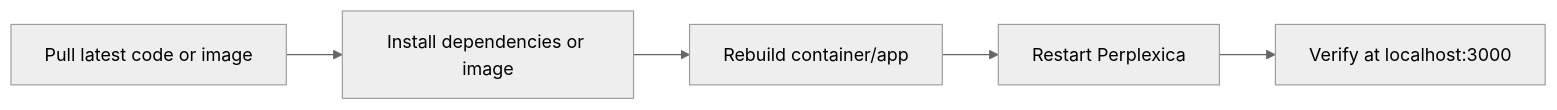
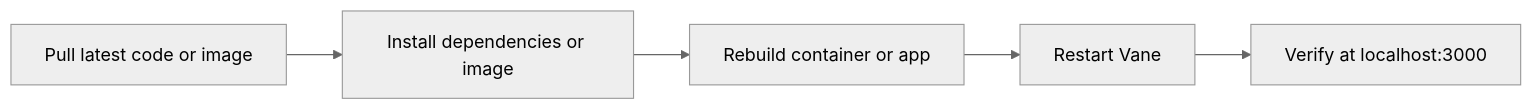
Before and after one commit to AngelP17/Perplexica: the diagram in docs/installation/UPDATING.md, drawn with Mermaid (neutral theme). The commit also changed other lines of this file and 4 other files, not shown here.

````diff
--- a/docs/installation/UPDATING.md
+++ b/docs/installation/UPDATING.md
@@ -5,7 +5,7 @@
 ```mermaid
 flowchart LR
     Pull[Pull latest code or image] --> Install[Install dependencies or image]
-    Install --> Build[Rebuild container/app]
-    Build --> Restart[Restart Perplexica]
+    Install --> Build[Rebuild container or app]
+    Build --> Restart[Restart Vane]
     Restart --> Verify[Verify at localhost:3000]
 ```
````
